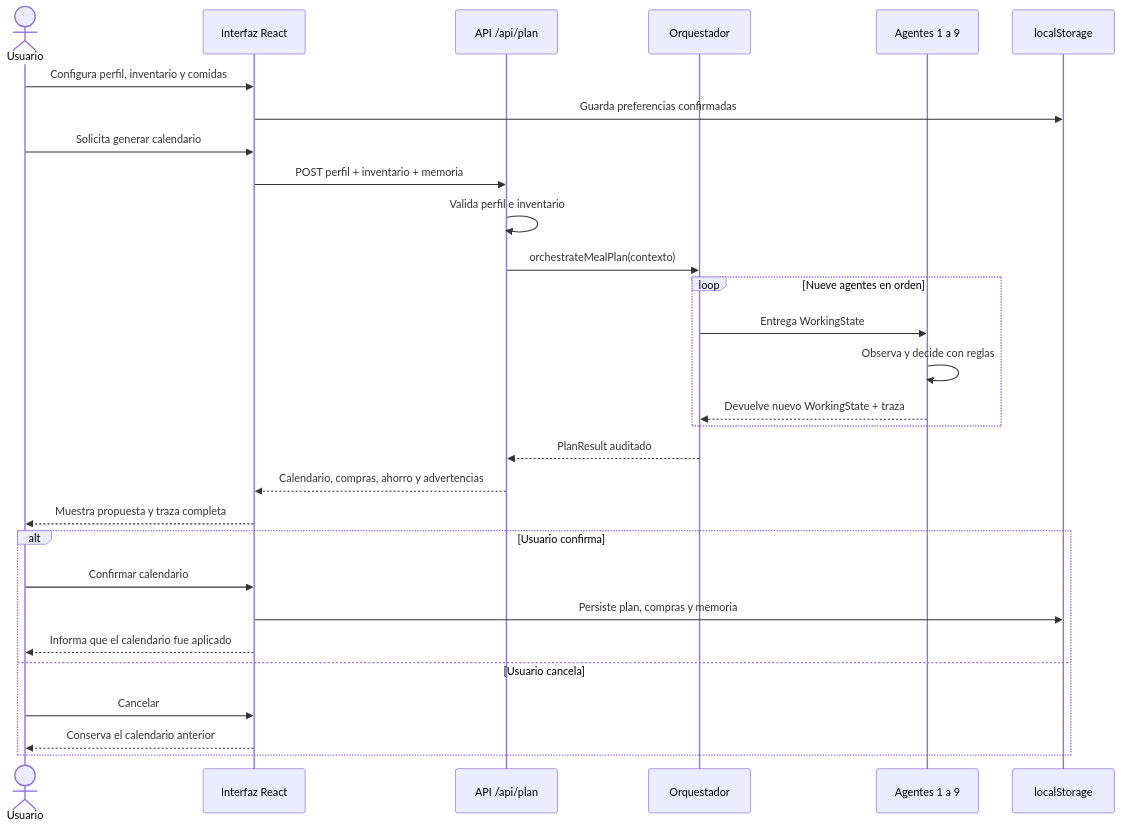
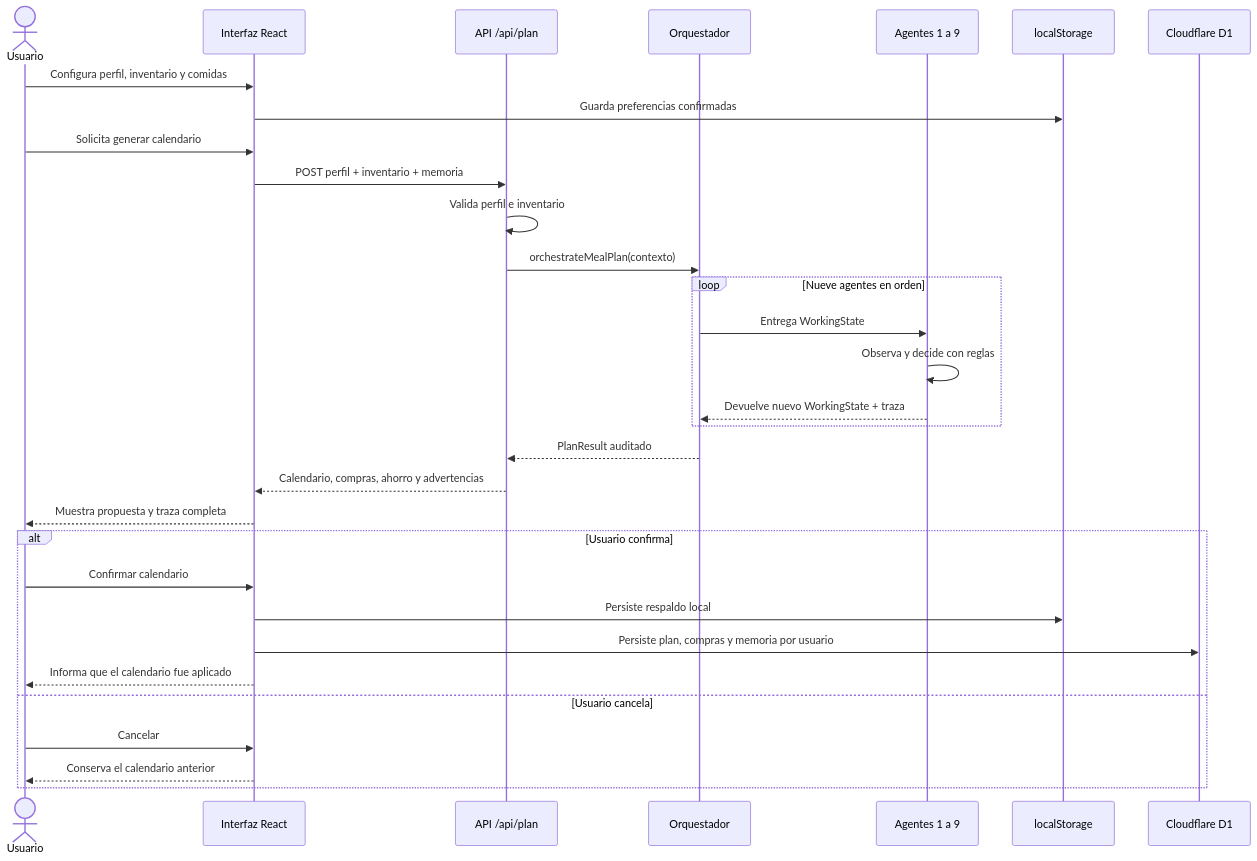
The third of 3 diagrams in docs/arquitectura.md (LautyDe/Entrega-CursoIA), drawn with Mermaid before and after one commit. The commit also changed other lines of this file and 8 other files, not shown here.

````diff
--- a/docs/arquitectura.md
+++ b/docs/arquitectura.md
@@ -120,35 +123,37 @@
 ```mermaid
 sequenceDiagram
     actor U as Usuario
     participant UI as Interfaz React
     participant API as API /api/plan
     participant O as Orquestador
     participant A as Agentes 1 a 9
     participant M as localStorage
+    participant D1 as Cloudflare D1
 
     U->>UI: Configura perfil, inventario y comidas
     UI->>M: Guarda preferencias confirmadas
     U->>UI: Solicita generar calendario
     UI->>API: POST perfil + inventario + memoria
     API->>API: Valida perfil e inventario
     API->>O: orchestrateMealPlan(contexto)
 
     loop Nueve agentes en orden
         O->>A: Entrega WorkingState
         A->>A: Observa y decide con reglas
         A-->>O: Devuelve nuevo WorkingState + traza
     end
 
     O-->>API: PlanResult auditado
     API-->>UI: Calendario, compras, ahorro y advertencias
     UI-->>U: Muestra propuesta y traza completa
 
     alt Usuario confirma
         U->>UI: Confirmar calendario
-        UI->>M: Persiste plan, compras y memoria
+        UI->>M: Persiste respaldo local
+        UI->>D1: Persiste plan, compras y memoria por usuario
         UI-->>U: Informa que el calendario fue aplicado
     else Usuario cancela
         U->>UI: Cancelar
         UI-->>U: Conserva el calendario anterior
     end
 ```
````
